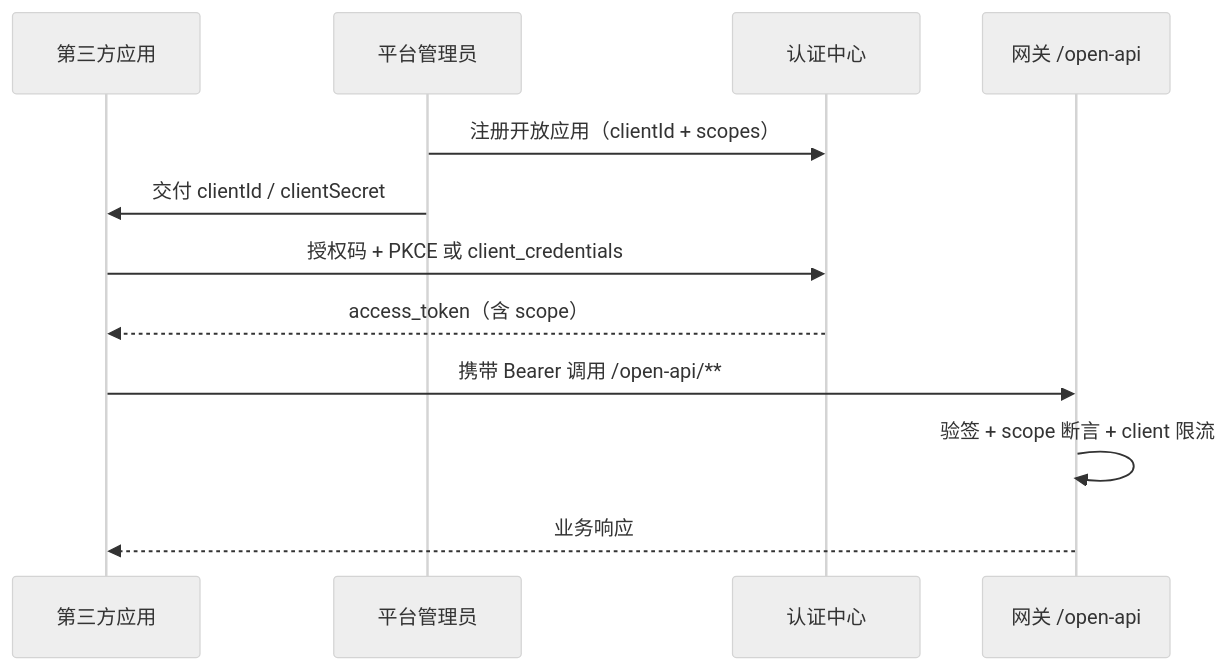
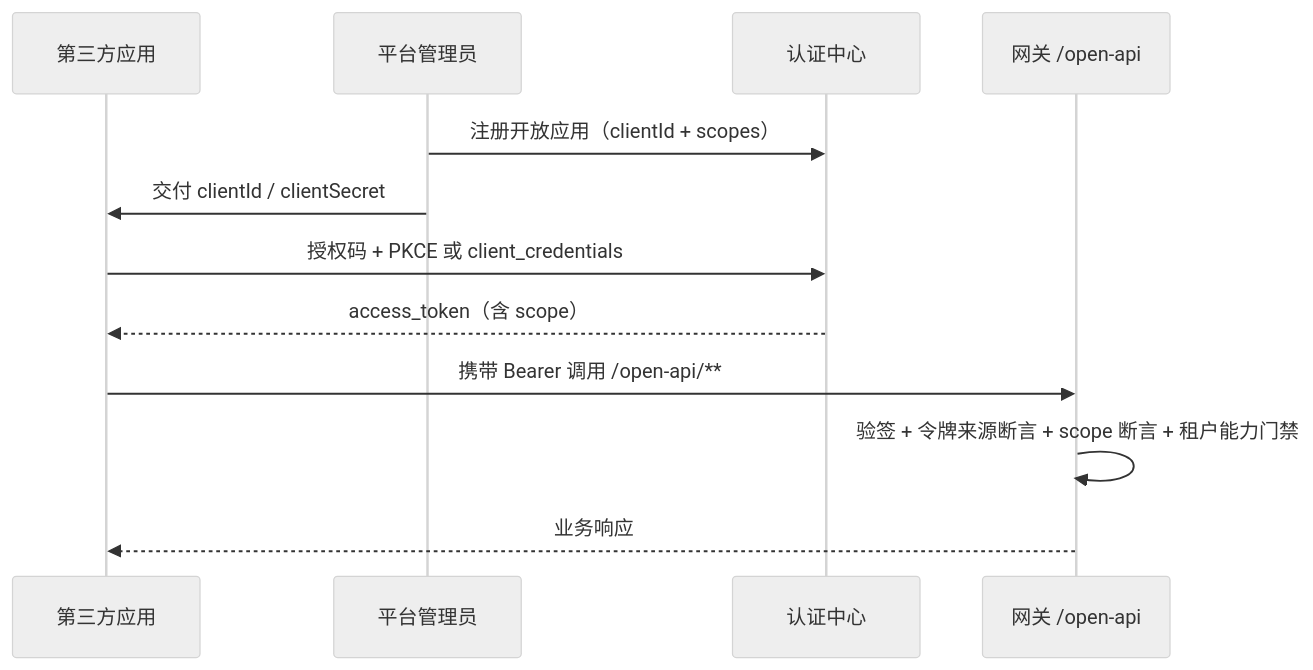
Before and after one commit to apex-cloud-service/apex-scaffold: the diagram in docs/03-api/open-platform-integration.md, drawn with Mermaid (neutral theme). The commit also changed other lines of this file and 122 other files, not shown here.

````diff
--- a/docs/03-api/open-platform-integration.md
+++ b/docs/03-api/open-platform-integration.md
@@ -7,15 +7,15 @@
 ```mermaid
 sequenceDiagram
     participant App as 第三方应用
     participant Admin as 平台管理员
     participant Auth as 认证中心
     participant GW as 网关 /open-api
 
     Admin->>Auth: 注册开放应用（clientId + scopes）
     Admin->>App: 交付 clientId / clientSecret
     App->>Auth: 授权码 + PKCE 或 client_credentials
     Auth-->>App: access_token（含 scope）
     App->>GW: 携带 Bearer 调用 /open-api/**
-    GW->>GW: 验签 + scope 断言 + client 限流
+    GW->>GW: 验签 + 令牌来源断言 + scope 断言 + 租户能力门禁
     GW-->>App: 业务响应
 ```
````
